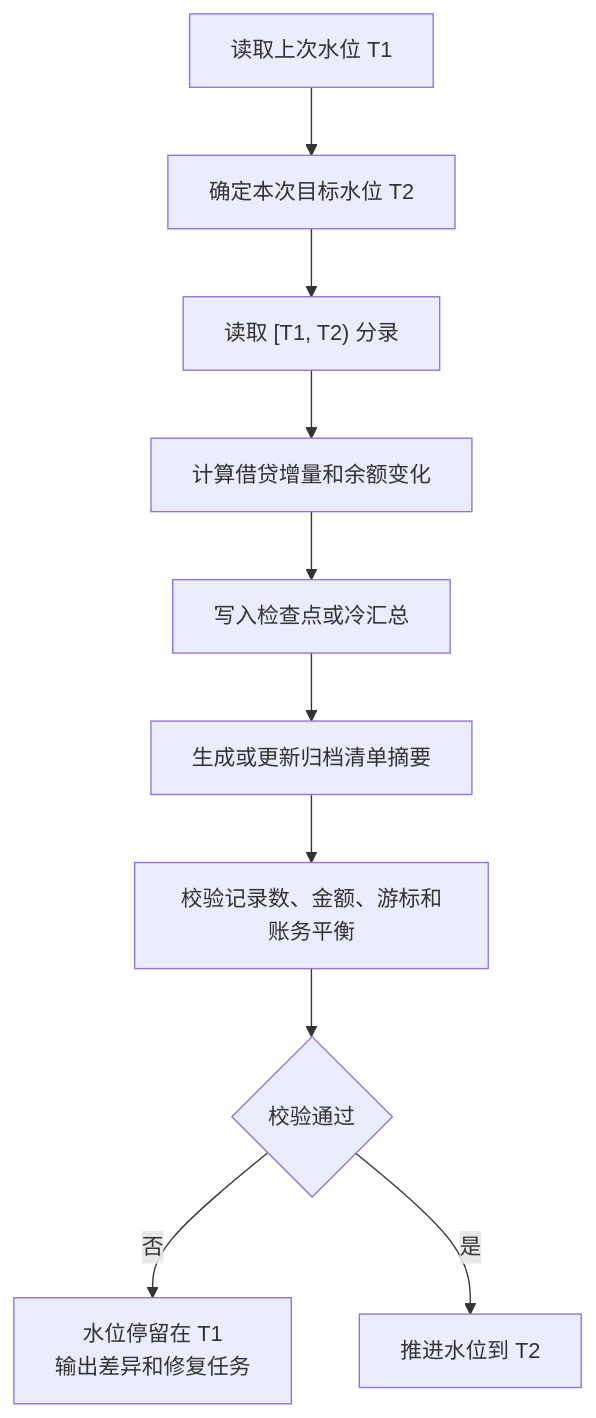
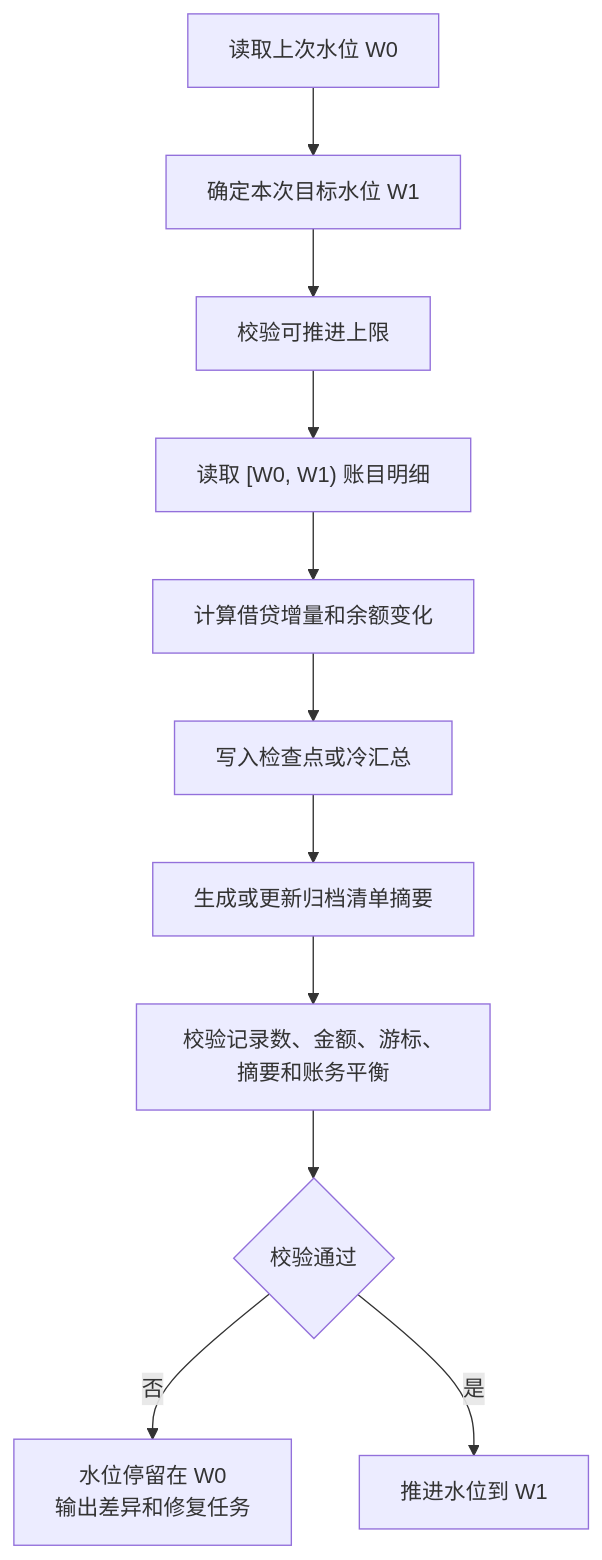
Before and after one commit to fengwuxp/wind-funds: the third of 5 diagrams in docs/产品设计/04-归档重放与指标治理.md, drawn with Mermaid. The commit also changed other lines of this file and 16 other files, not shown here.

````diff
--- a/docs/产品设计/04-归档重放与指标治理.md
+++ b/docs/产品设计/04-归档重放与指标治理.md
@@ -117,12 +238,13 @@
 ```mermaid
 flowchart TD
-    A["读取上次水位 T1"] --> B["确定本次目标水位 T2"]
-    B --> C["读取 [T1, T2) 分录"]
-    C --> D["计算借贷增量和余额变化"]
-    D --> E["写入检查点或冷汇总"]
-    E --> F["生成或更新归档清单摘要"]
-    F --> G["校验记录数、金额、游标和账务平衡"]
-    G --> H{"校验通过"}
-    H -- "否" --> I["水位停留在 T1\n输出差异和修复任务"]
-    H -- "是" --> J["推进水位到 T2"]
+    A["读取上次水位 W0"] --> B["确定本次目标水位 W1"]
+    B --> C["校验可推进上限"]
+    C --> D["读取 [W0, W1) 账目明细"]
+    D --> E["计算借贷增量和余额变化"]
+    E --> F["写入检查点或冷汇总"]
+    F --> G["生成或更新归档清单摘要"]
+    G --> H["校验记录数、金额、游标、摘要和账务平衡"]
+    H --> I{"校验通过"}
+    I -- "否" --> J["水位停留在 W0\n输出差异和修复任务"]
+    I -- "是" --> K["推进水位到 W1"]
 ```
````
